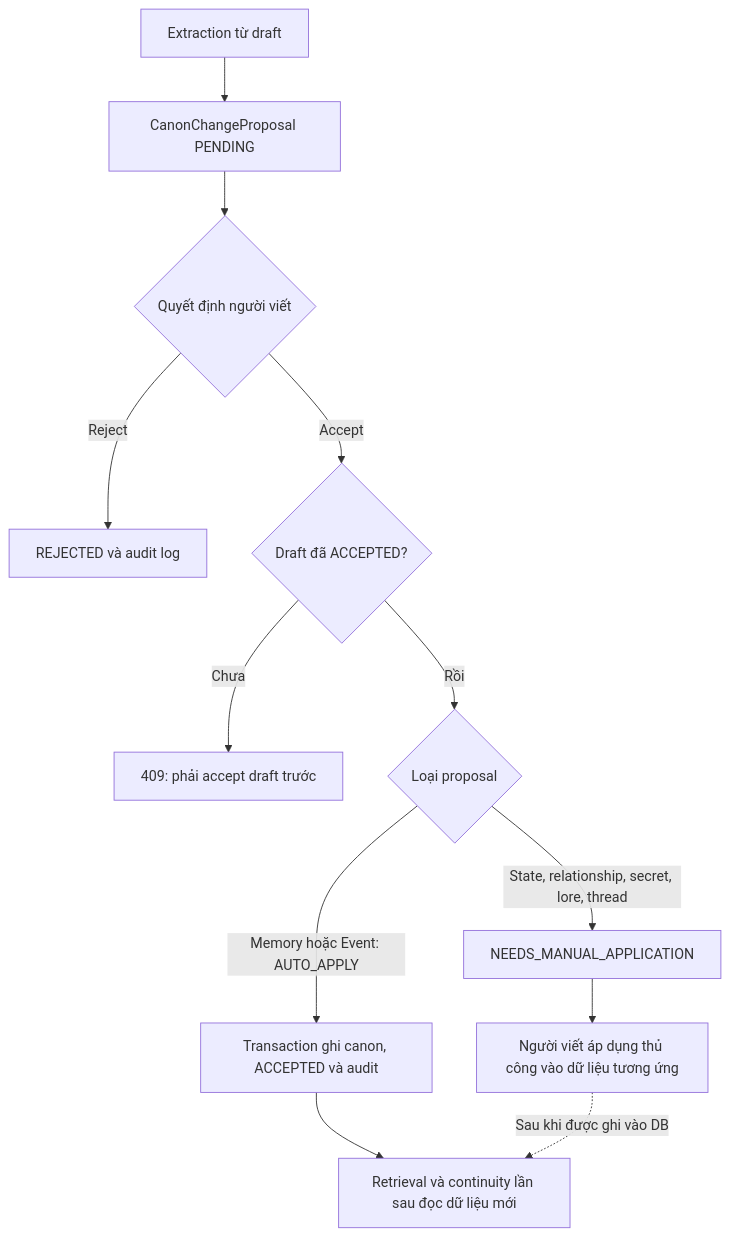
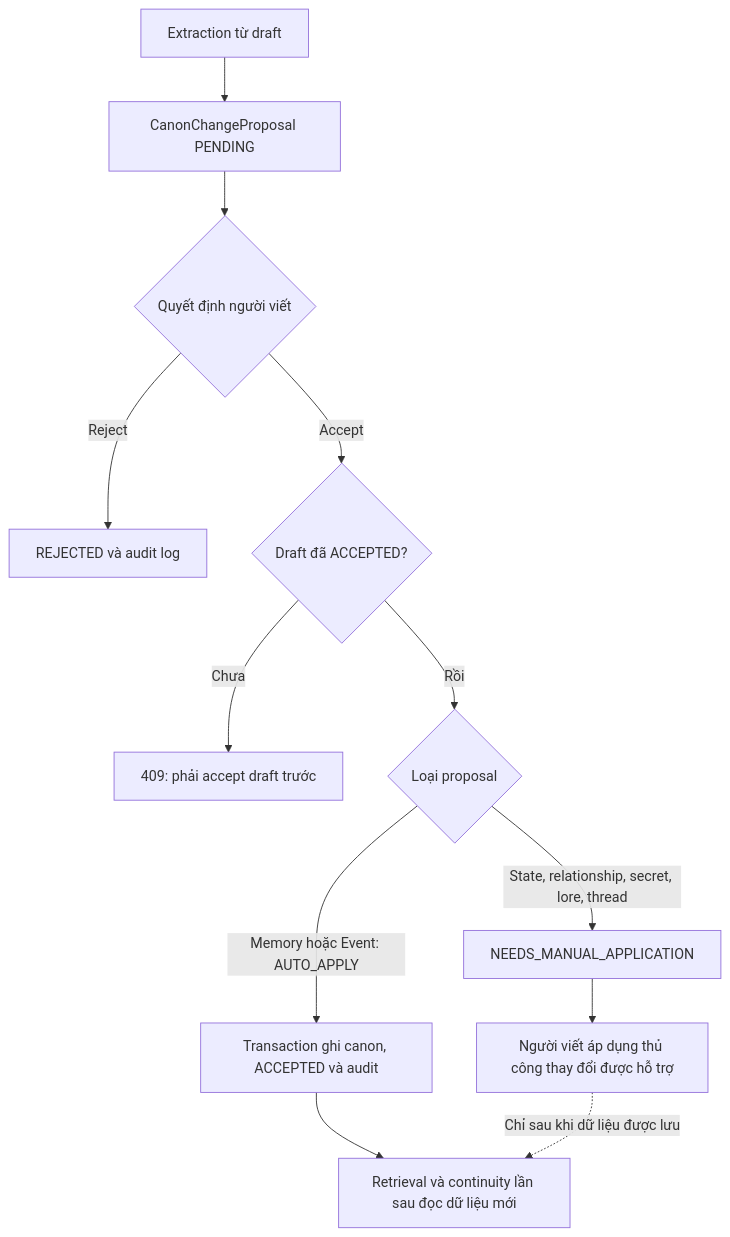
Before and after one commit to Lmnhutw/visual-novel-gen: the diagram in docs/diagrams/07-canon-review.mmd, drawn with Mermaid. The commit also changed 29 other files, not shown here.

```diff
--- a/docs/diagrams/07-canon-review.mmd
+++ b/docs/diagrams/07-canon-review.mmd
@@ -1,12 +1,12 @@
 flowchart TB
     Extraction["Extraction từ draft"] --> Pending["CanonChangeProposal PENDING"]
     Pending --> Decision{"Quyết định người viết"}
     Decision -->|"Reject"| Rejected["REJECTED và audit log"]
     Decision -->|"Accept"| Accepted{"Draft đã ACCEPTED?"}
     Accepted -->|"Chưa"| Block["409: phải accept draft trước"]
     Accepted -->|"Rồi"| Type{"Loại proposal"}
     Type -->|"Memory hoặc Event: AUTO_APPLY"| Commit["Transaction ghi canon, ACCEPTED và audit"]
     Type -->|"State, relationship, secret, lore, thread"| Manual["NEEDS_MANUAL_APPLICATION"]
-    Manual --> Editor["Người viết áp dụng thủ công vào dữ liệu tương ứng"]
+    Manual --> Apply["Người viết áp dụng thủ công thay đổi được hỗ trợ"]
     Commit --> Future["Retrieval và continuity lần sau đọc dữ liệu mới"]
-    Editor -.->|"Sau khi được ghi vào DB"| Future
+    Apply -.->|"Chỉ sau khi dữ liệu được lưu"| Future
```
